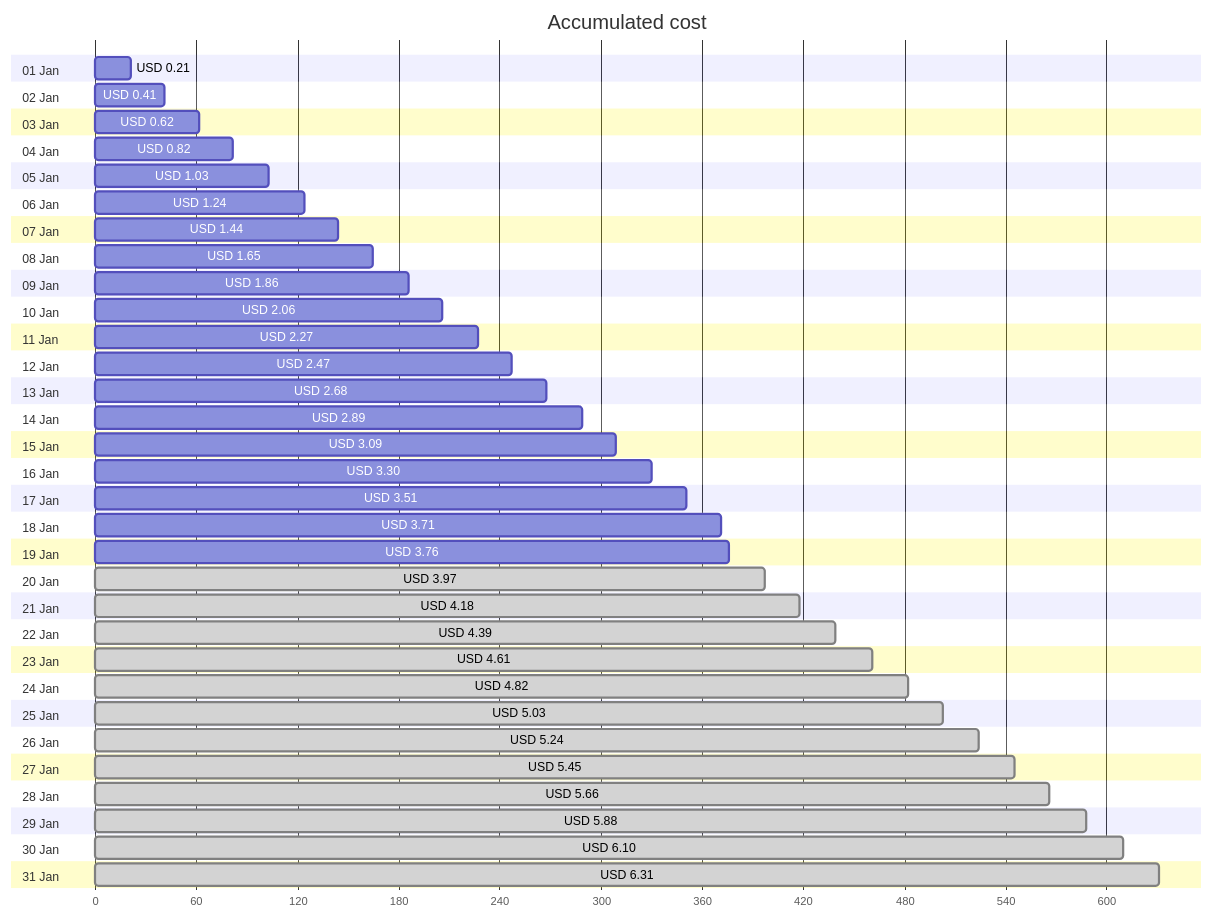
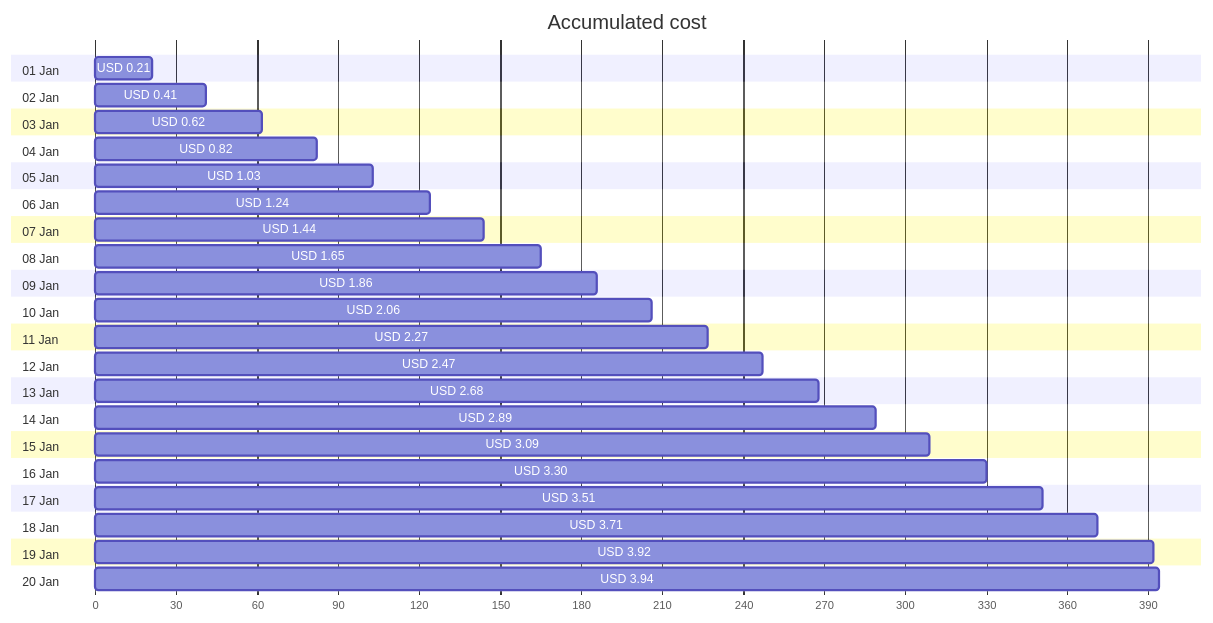
One commit to jpfulton/azure-personal-reports changed the first of 4 diagrams in cost-reports/personal-network/backup-server.md. Above: the diagram before and after it, drawn with Mermaid. The commit also changed other lines of this file and 7 other files, not shown here.

````diff
--- a/cost-reports/personal-network/backup-server.md
+++ b/cost-reports/personal-network/backup-server.md
@@ -20,68 +20,46 @@
 ```mermaid
 gantt
    title Accumulated cost
    dateFormat  X
    axisFormat %s
    section 01 Jan
    USD 0.21 :0, 21
    section 02 Jan
    USD 0.41 :0, 41
    section 03 Jan
    USD 0.62 :0, 62
    section 04 Jan
    USD 0.82 :0, 82
    section 05 Jan
    USD 1.03 :0, 103
    section 06 Jan
    USD 1.24 :0, 124
    section 07 Jan
    USD 1.44 :0, 144
    section 08 Jan
    USD 1.65 :0, 165
    section 09 Jan
    USD 1.86 :0, 186
    section 10 Jan
    USD 2.06 :0, 206
    section 11 Jan
    USD 2.27 :0, 227
    section 12 Jan
    USD 2.47 :0, 247
    section 13 Jan
    USD 2.68 :0, 268
    section 14 Jan
    USD 2.89 :0, 289
    section 15 Jan
    USD 3.09 :0, 309
    section 16 Jan
    USD 3.30 :0, 330
    section 17 Jan
    USD 3.51 :0, 351
    section 18 Jan
    USD 3.71 :0, 371
    section 19 Jan
-   USD 3.76 :0, 376
+   USD 3.92 :0, 392
    section 20 Jan
-   USD 3.97 : done, 0, 397
-   section 21 Jan
-   USD 4.18 : done, 0, 418
-   section 22 Jan
-   USD 4.39 : done, 0, 439
-   section 23 Jan
-   USD 4.61 : done, 0, 461
-   section 24 Jan
-   USD 4.82 : done, 0, 482
-   section 25 Jan
-   USD 5.03 : done, 0, 503
-   section 26 Jan
-   USD 5.24 : done, 0, 524
-   section 27 Jan
-   USD 5.45 : done, 0, 545
-   section 28 Jan
-   USD 5.66 : done, 0, 566
-   section 29 Jan
-   USD 5.88 : done, 0, 588
-   section 30 Jan
-   USD 6.10 : done, 0, 610
-   section 31 Jan
-   USD 6.31 : done, 0, 631
+   USD 3.94 :0, 394
 ```
````
